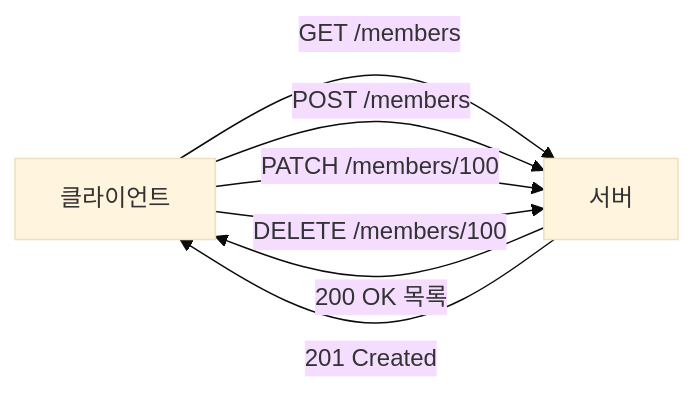
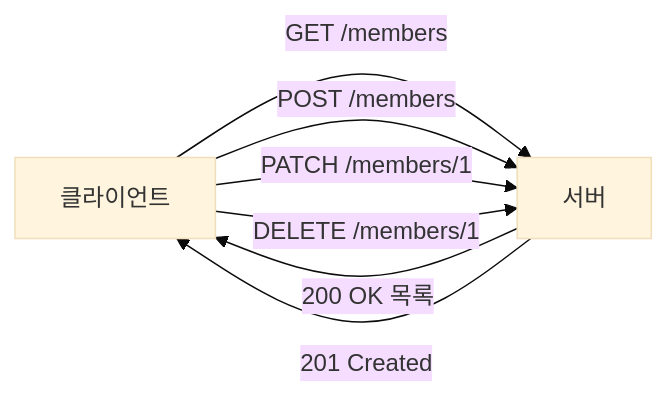
The diagram in _posts/http/2021-01-07-http-3.md (yjkim2015/yjkim2015.github.io), drawn with Mermaid (base theme) before and after one commit. The commit also changed 245 other files, not shown here.

First line of the commit message:
Mermaid 다이어그램 전면 수정 + 면접 포인트 접기/펼치기 + DB 데드락 페이지

````diff
--- a/_posts/http/2021-01-07-http-3.md
+++ b/_posts/http/2021-01-07-http-3.md
@@ -56,9 +56,9 @@
 ```mermaid
 graph LR
     C["클라이언트"] -->|"GET /members"| S["서버"]
     S -->|"200 OK 목록"| C
     C -->|"POST /members"| S
     S -->|"201 Created"| C
-    C -->|"PATCH /members/100"| S
-    C -->|"DELETE /members/100"| S
+    C -->|"PATCH /members/1"| S
+    C -->|"DELETE /members/1"| S
 ```
````
